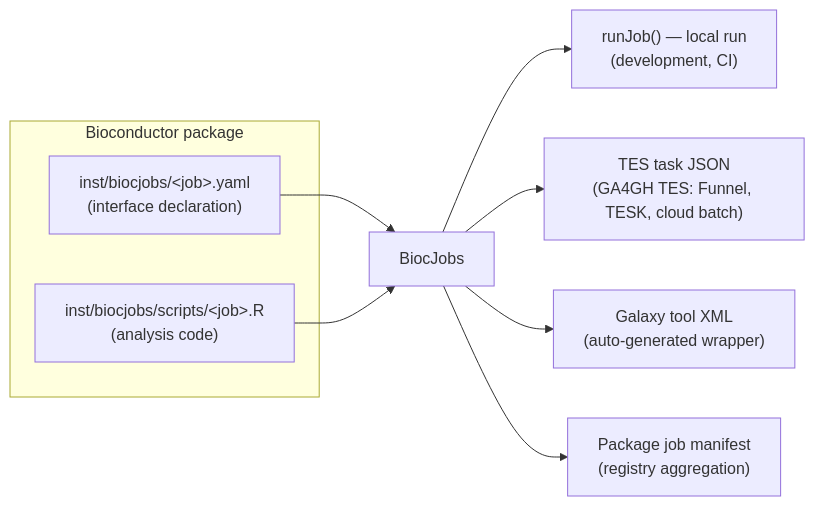
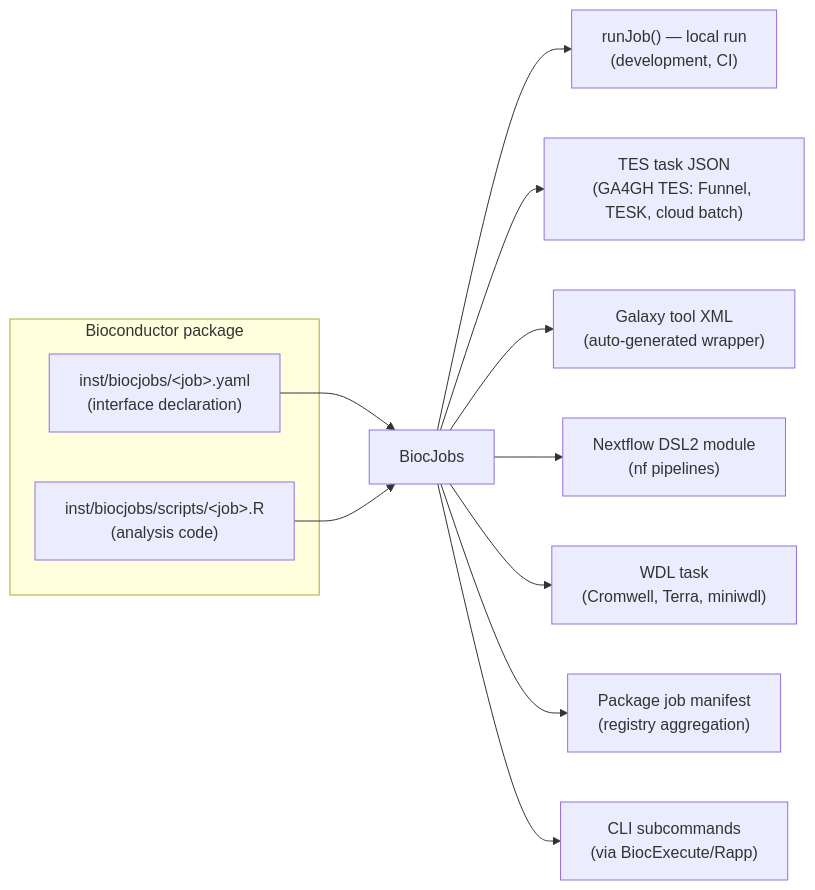
The diagram in README.md (lvclark/BiocJobs), drawn with Mermaid before and after one commit. The commit also changed other lines of this file and 9 other files, not shown here.

````diff
--- a/README.md
+++ b/README.md
@@ -56,13 +64,16 @@
 ```mermaid
 flowchart LR
     subgraph pkg [Bioconductor package]
         Y["inst/biocjobs/&lt;job&gt;.yaml<br/>(interface declaration)"]
         S["inst/biocjobs/scripts/&lt;job&gt;.R<br/>(analysis code)"]
     end
     Y --> B[BiocJobs]
     S --> B
     B --> L["runJob() — local run<br/>(development, CI)"]
     B --> T["TES task JSON<br/>(GA4GH TES: Funnel, TESK, cloud batch)"]
     B --> G["Galaxy tool XML<br/>(auto-generated wrapper)"]
+    B --> N["Nextflow DSL2 module<br/>(nf pipelines)"]
+    B --> W["WDL task<br/>(Cromwell, Terra, miniwdl)"]
     B --> M["Package job manifest<br/>(registry aggregation)"]
+    B --> C["CLI subcommands<br/>(via BiocExecute/Rapp)"]
 ```
````
